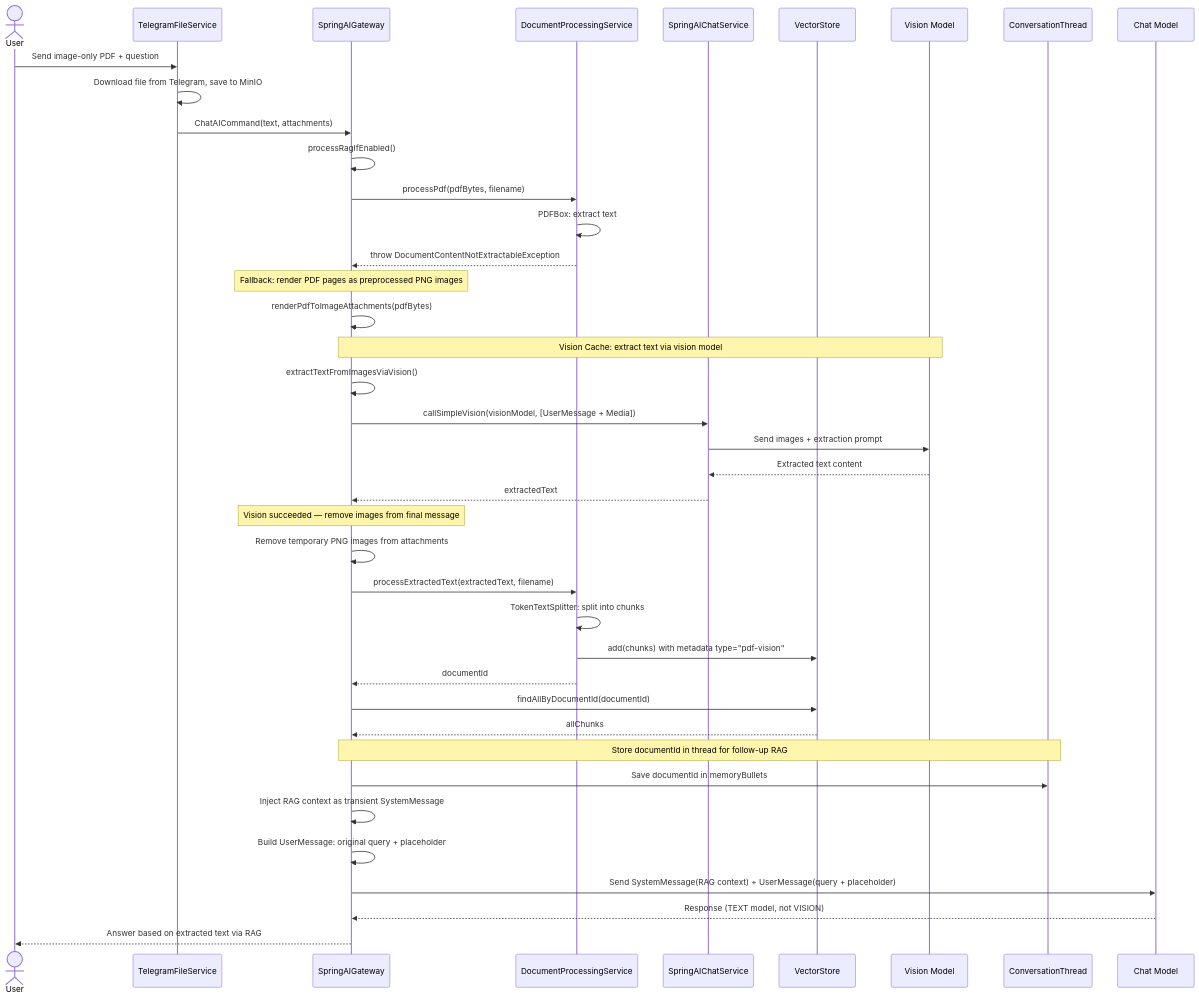
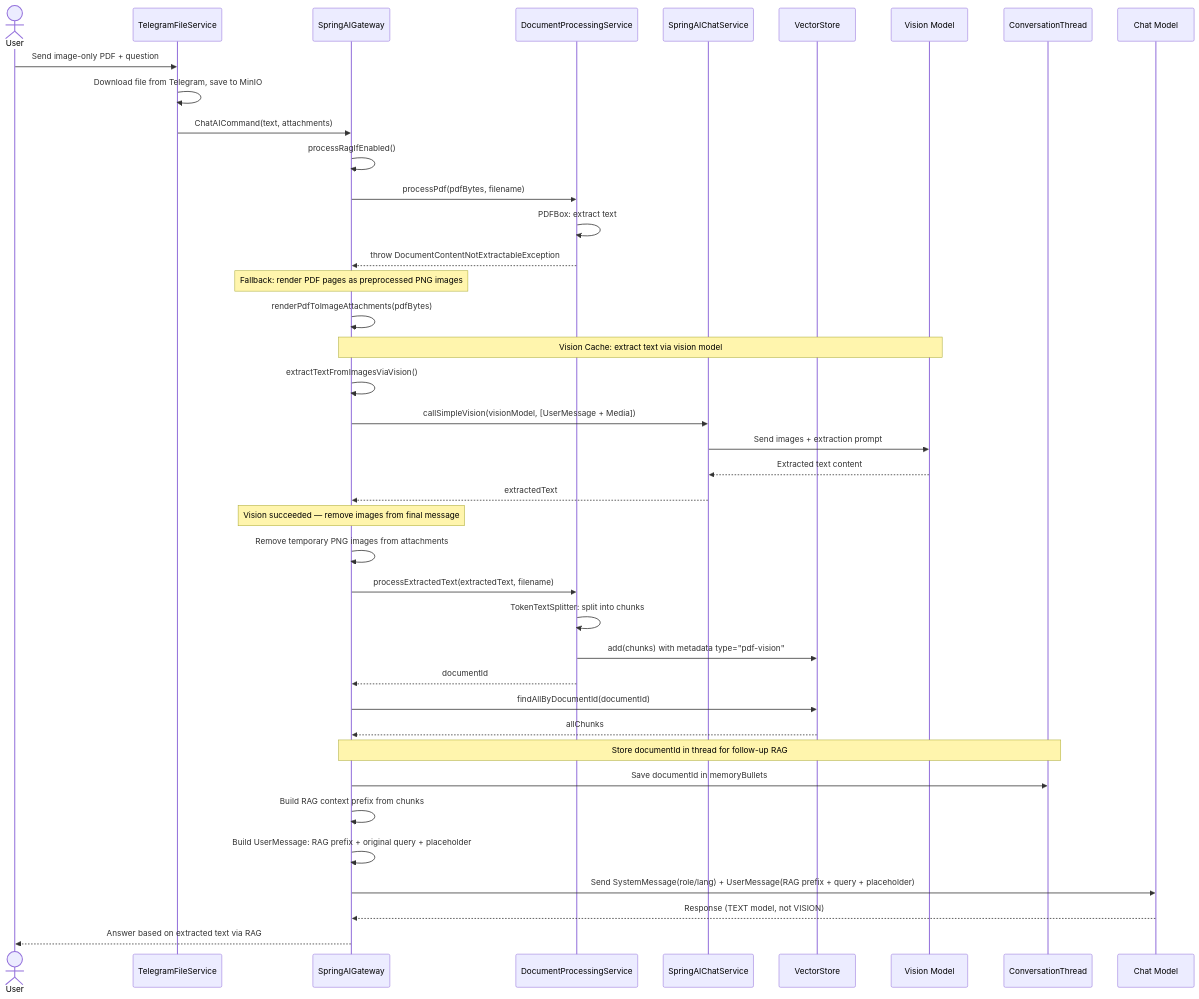
Before and after one commit to NGirchev/open-daimon: the first of 2 diagrams in docs/usecases/image-pdf-vision-cache.md, drawn with Mermaid. The commit also changed other lines of this file and 10 other files, not shown here.

````diff
--- a/docs/usecases/image-pdf-vision-cache.md
+++ b/docs/usecases/image-pdf-vision-cache.md
@@ -10,54 +10,54 @@
 ```mermaid
 sequenceDiagram
     actor User
     participant TG as TelegramFileService
     participant GW as SpringAIGateway
     participant DPS as DocumentProcessingService
     participant CS as SpringAIChatService
     participant VS as VectorStore
     participant LLM as Vision Model
     participant DB as ConversationThread
     participant Chat as Chat Model
 
     User->>TG: Send image-only PDF + question
     TG->>TG: Download file from Telegram, save to MinIO
     TG->>GW: ChatAICommand(text, attachments)
 
     GW->>GW: processRagIfEnabled()
     GW->>DPS: processPdf(pdfBytes, filename)
     DPS->>DPS: PDFBox: extract text
     DPS-->>GW: throw DocumentContentNotExtractableException
 
     Note over GW: Fallback: render PDF pages as preprocessed PNG images
 
     GW->>GW: renderPdfToImageAttachments(pdfBytes)
 
     Note over GW,LLM: Vision Cache: extract text via vision model
 
     GW->>GW: extractTextFromImagesViaVision()
     GW->>CS: callSimpleVision(visionModel, [UserMessage + Media])
     CS->>LLM: Send images + extraction prompt
     LLM-->>CS: Extracted text content
     CS-->>GW: extractedText
 
     Note over GW: Vision succeeded — remove images from final message
 
     GW->>GW: Remove temporary PNG images from attachments
     GW->>DPS: processExtractedText(extractedText, filename)
     DPS->>DPS: TokenTextSplitter: split into chunks
     DPS->>VS: add(chunks) with metadata type="pdf-vision"
     DPS-->>GW: documentId
 
     GW->>VS: findAllByDocumentId(documentId)
     VS-->>GW: allChunks
 
     Note over GW,DB: Store documentId in thread for follow-up RAG
 
     GW->>DB: Save documentId in memoryBullets
-    GW->>GW: Inject RAG context as transient SystemMessage
-    GW->>GW: Build UserMessage: original query + placeholder
+    GW->>GW: Build RAG context prefix from chunks
+    GW->>GW: Build UserMessage: RAG prefix + original query + placeholder
 
-    GW->>Chat: Send SystemMessage(RAG context) + UserMessage(query + placeholder)
+    GW->>Chat: Send SystemMessage(role/lang) + UserMessage(RAG prefix + query + placeholder)
     Chat-->>GW: Response (TEXT model, not VISION)
     GW-->>User: Answer based on extracted text via RAG
 ```
````
